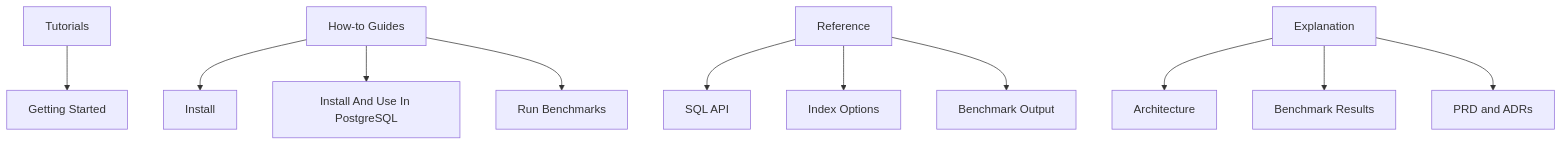
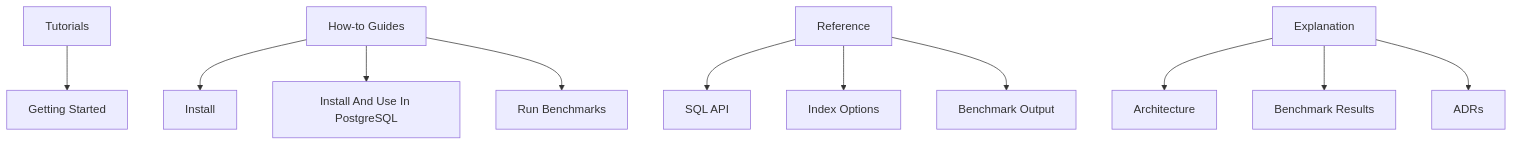
One commit to mayflower/pg_turboquant changed the diagram in docs/README.md. Above: the diagram before and after it, drawn with Mermaid. The commit also changed other lines of this file and 2 other files, not shown here.

Commit message:
docs: remove PRD from public documentation

````diff
--- a/docs/README.md
+++ b/docs/README.md
@@ -5,13 +5,13 @@
 ```mermaid
 flowchart TD
     T["Tutorials"] --> T1["Getting Started"]
     H["How-to Guides"] --> H1["Install"]
     H --> H2["Install And Use In PostgreSQL"]
     H --> H3["Run Benchmarks"]
     R["Reference"] --> R1["SQL API"]
     R --> R2["Index Options"]
     R --> R3["Benchmark Output"]
     E["Explanation"] --> E1["Architecture"]
     E --> E2["Benchmark Results"]
-    E --> E3["PRD and ADRs"]
+    E --> E3["ADRs"]
 ```
````
